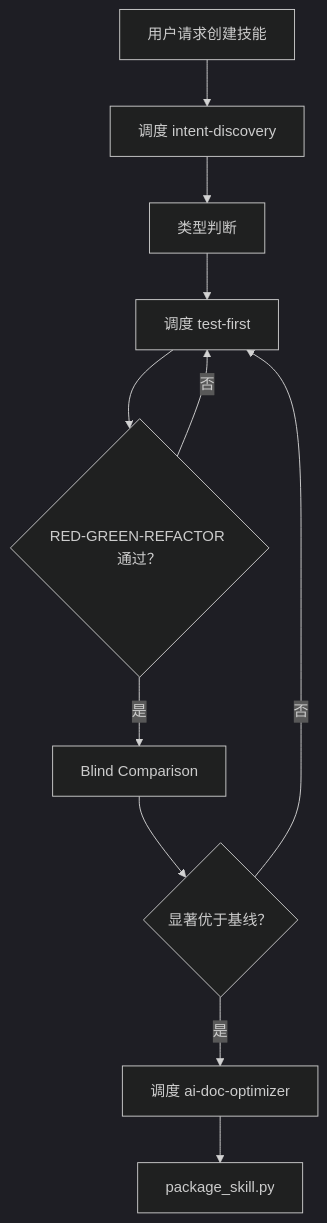
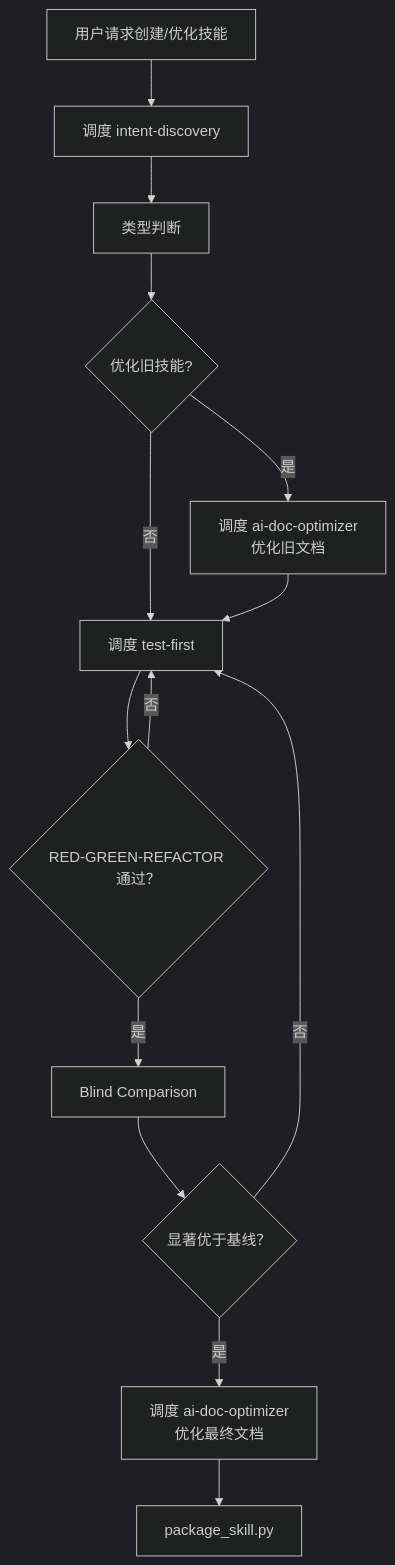
Before and after one commit to Z-JaDe/meta-skill: the first of 4 diagrams in skills/meta-skill/SKILL.md, drawn with Mermaid (dark theme). The commit also changed other lines of this file, not shown here.

Commit message:
增加优化旧技能时的预处理：TDD 前调度 ai-doc-optimizer
问题：
- 优化旧技能时，TDD 阶段的 skill-format 可能丢失语义
- 阶段 5 的 ai-doc-optimizer 来得太晚，无法恢复已丢失的语义

解决方案：
1. 优化旧技能时，阶段 3（TDD）前调度 ai-doc-optimizer
2. 目的：
   - 语义保护：ai-doc-optimizer 有严格的语义保留检查（100%）
   - 清晰基线：优化后的文档作为更清晰的基线，帮助编写更好的测试
3. 更新 Core Pattern 流程图：增加"优化旧技能"分支
4. 更新 Dependencies：ai-doc-optimizer 在阶段 2 和阶段 5 都会用到

行数：260 → 268 行（+8 行）

Made-with: Cursor

````diff
--- a/skills/meta-skill/SKILL.md
+++ b/skills/meta-skill/SKILL.md
@@ -43,13 +43,16 @@
 ```mermaid
 flowchart TD
-    Start[用户请求创建技能] --> P1[调度 intent-discovery]
+    Start[用户请求创建/优化技能] --> P1[调度 intent-discovery]
     P1 --> P2[类型判断]
-    P2 --> P3[调度 test-first]
+    P2 --> P2a{优化旧技能?}
+    P2a -->|是| P2b[调度 ai-doc-optimizer<br/>优化旧文档]
+    P2a -->|否| P3
+    P2b --> P3[调度 test-first]
     P3 --> P4{RED-GREEN-REFACTOR 通过？}
     P4 -->|否 | P3
     P4 -->|是 | P5[Blind Comparison]
     P5 --> P6{显著优于基线？}
     P6 -->|否 | P3
-    P6 -->|是 | P7[调度 ai-doc-optimizer]
+    P6 -->|是 | P7[调度 ai-doc-optimizer<br/>优化最终文档]
     P7 --> P8[package_skill.py]
 ```
````
